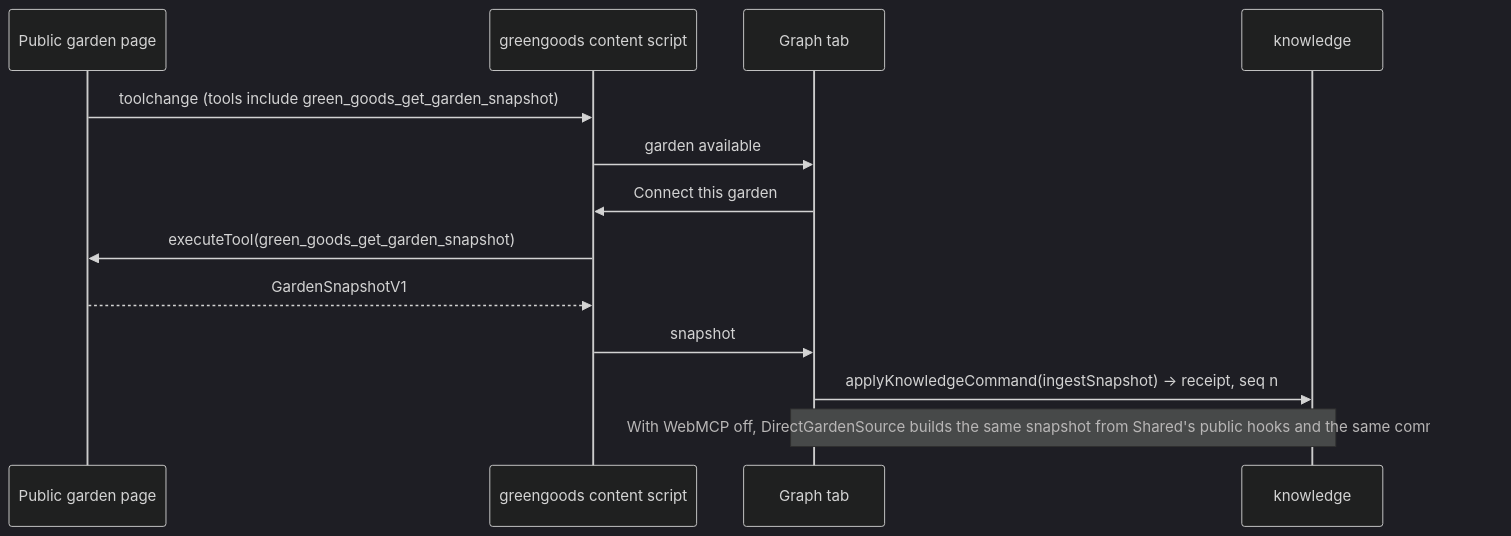
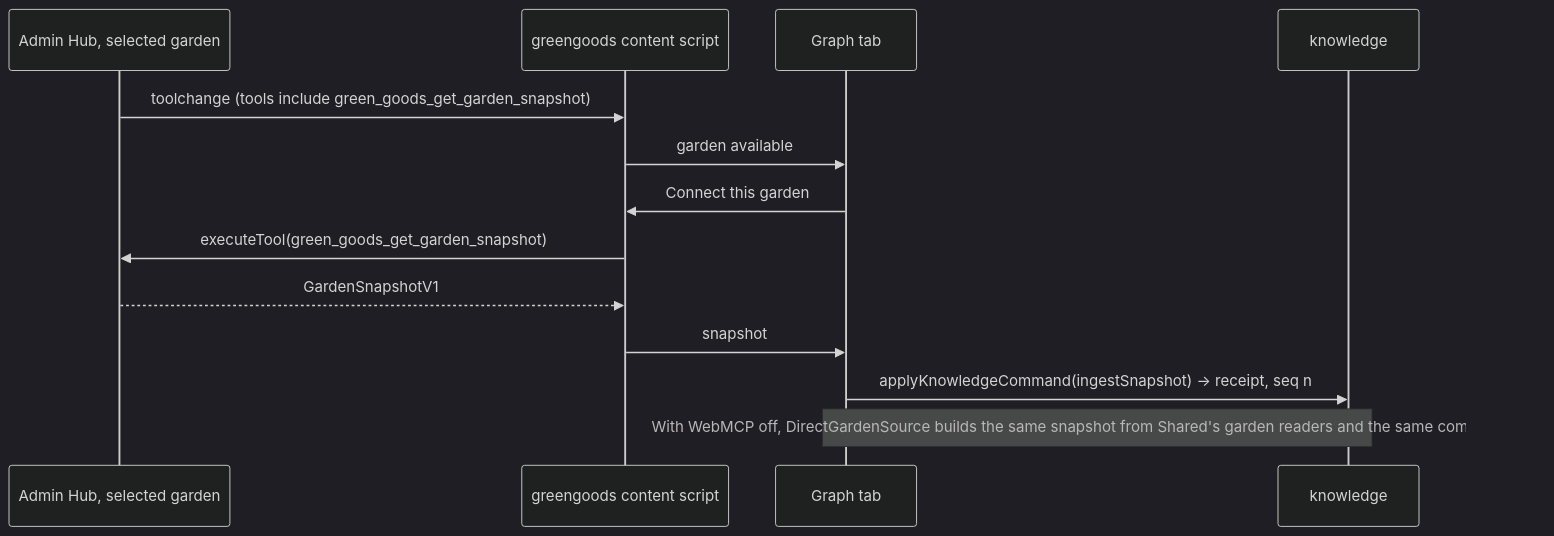
The fourth of 6 diagrams in .plans/ideas/grove/prototype-architecture.md (greenpill-dev-guild/green-goods), drawn with Mermaid (dark theme) before and after one commit. The commit also changed other lines of this file and 3 other files, not shown here.

First line of the commit message:
docs(plans): move the Grove connection surface to the Admin Hub

````diff
--- a/.plans/ideas/grove/prototype-architecture.md
+++ b/.plans/ideas/grove/prototype-architecture.md
@@ -310,15 +311,15 @@
 ```mermaid
 sequenceDiagram
-  participant P as Public garden page
+  participant P as Admin Hub, selected garden
   participant CS as greengoods content script
   participant T as Graph tab
   participant K as knowledge
   P->>CS: toolchange (tools include green_goods_get_garden_snapshot)
   CS->>T: garden available
   T->>CS: Connect this garden
   CS->>P: executeTool(green_goods_get_garden_snapshot)
   P-->>CS: GardenSnapshotV1
   CS->>T: snapshot
   T->>K: applyKnowledgeCommand(ingestSnapshot) → receipt, seq n
-  Note over T,K: With WebMCP off, DirectGardenSource builds the same snapshot from Shared's public hooks and the same command runs
+  Note over T,K: With WebMCP off, DirectGardenSource builds the same snapshot from Shared's garden readers and the same command runs
 ```
````
